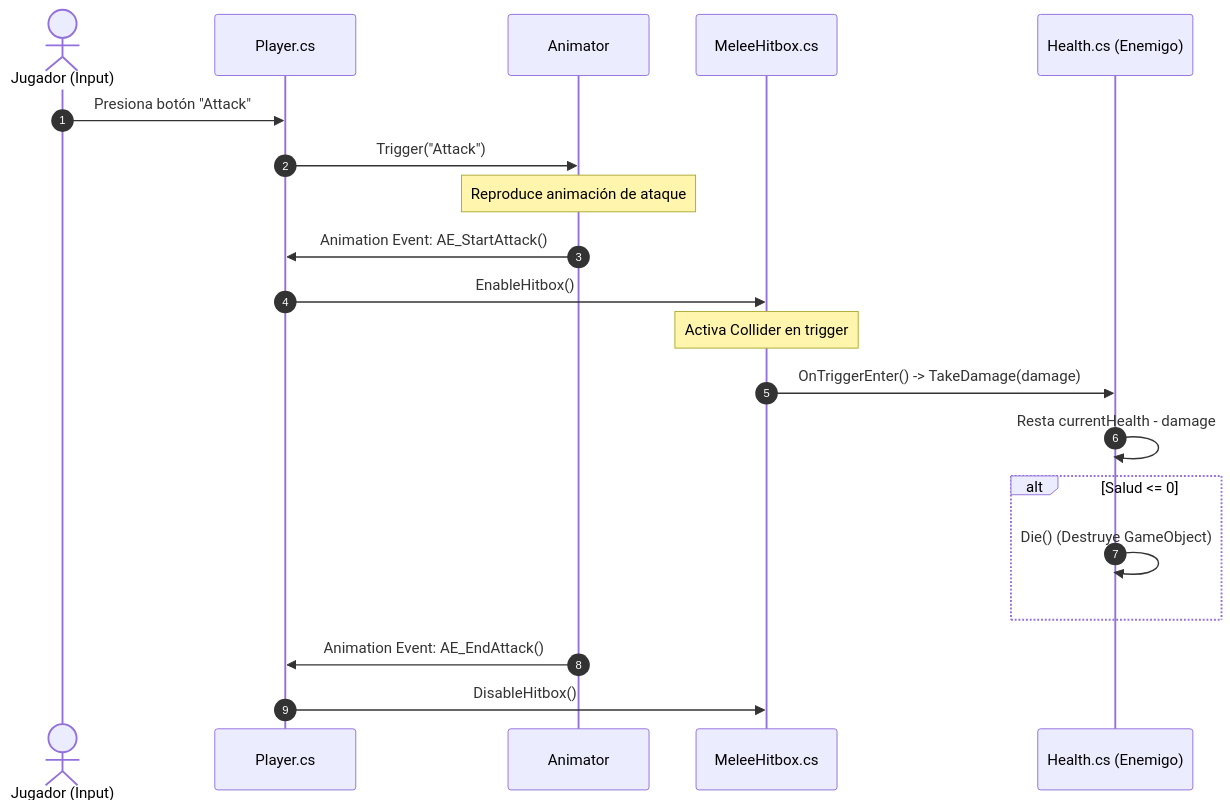
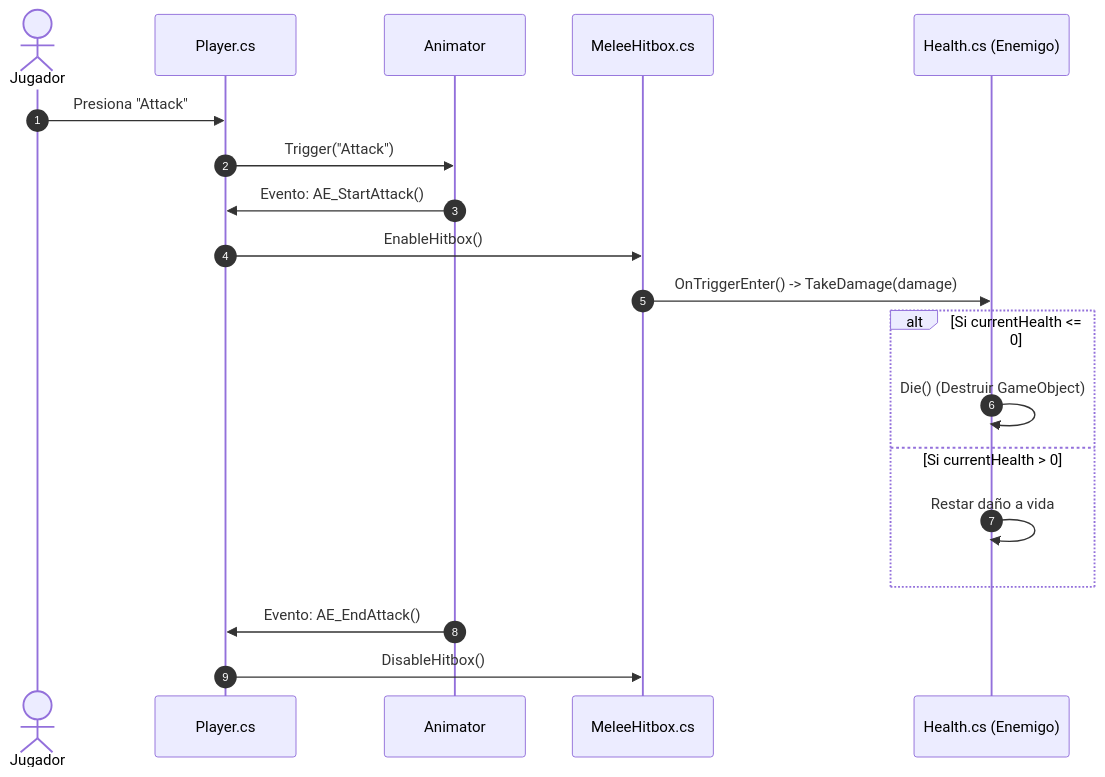
The third of 4 diagrams in README.md (Mael047/5_Bolivar_Proyect), drawn with Mermaid before and after one commit. The commit also changed other lines of this file, not shown here.

First line of the commit message:
Revise README for project architecture and design

````diff
--- a/README.md
+++ b/README.md
@@ -192,23 +201,24 @@
 ```mermaid
 sequenceDiagram
     autonumber
-    actor Player as Jugador (Input)
+    actor Player as Jugador
     participant PScript as Player.cs
     participant Anim as Animator
     participant Hitbox as MeleeHitbox.cs
     participant Health as Health.cs (Enemigo)
 
-    Player->>PScript: Presiona botón "Attack"
+    Player->>PScript: Presiona "Attack"
     PScript->>Anim: Trigger("Attack")
-    Note over Anim: Reproduce animación de ataque
-    Anim->>PScript: Animation Event: AE_StartAttack()
+    Anim->>PScript: Evento: AE_StartAttack()
     PScript->>Hitbox: EnableHitbox()
-    Note over Hitbox: Activa Collider en trigger
     Hitbox->>Health: OnTriggerEnter() -> TakeDamage(damage)
-    Health->>Health: Resta currentHealth - damage
-    alt Salud <= 0
-        Health->>Health: Die() (Destruye GameObject)
+    
+    alt Si currentHealth <= 0
+        Health->>Health: Die() (Destruir GameObject)
+    else Si currentHealth > 0
+        Health->>Health: Restar daño a vida
     end
-    Anim->>PScript: Animation Event: AE_EndAttack()
+
+    Anim->>PScript: Evento: AE_EndAttack()
     PScript->>Hitbox: DisableHitbox()
 ```
````
